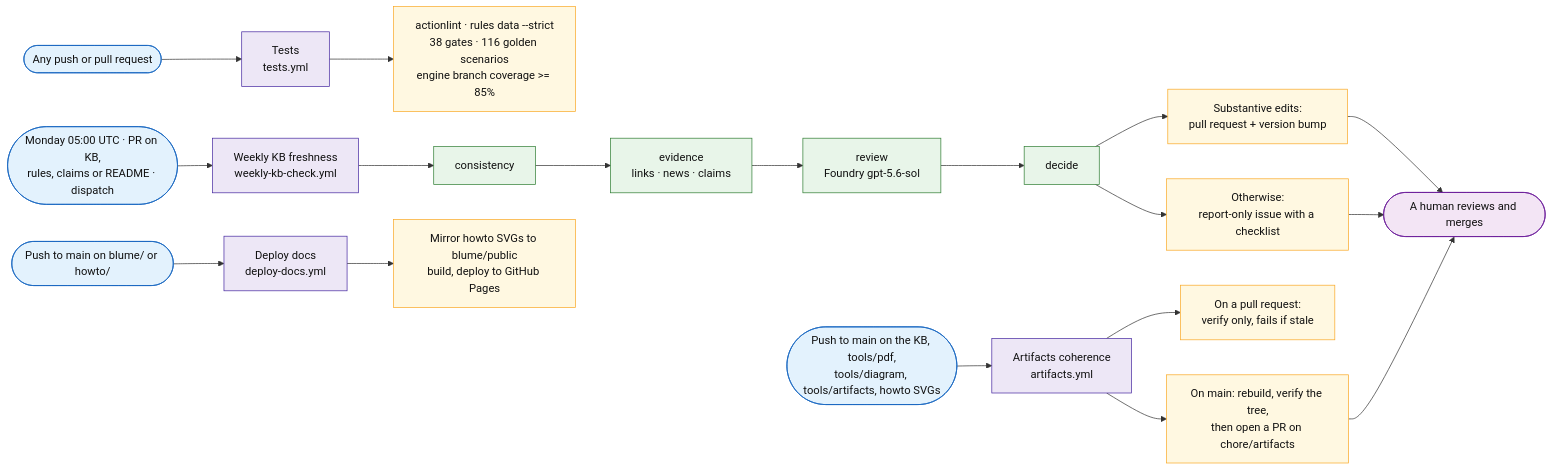
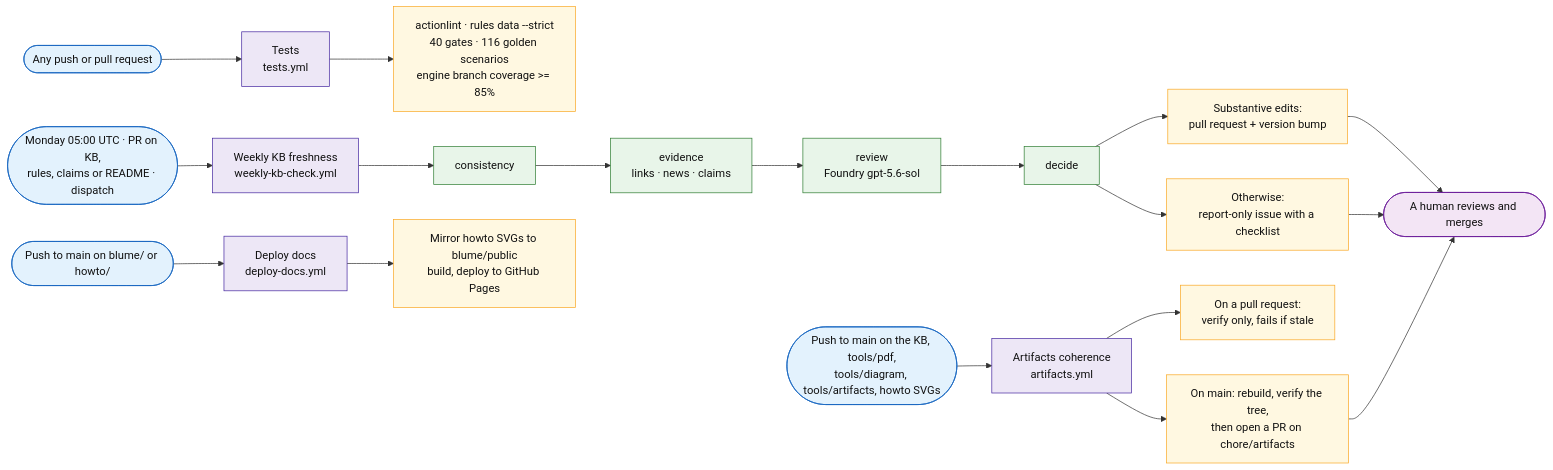
One commit to fredgis/sql-migration-advisor changed the sixth of 6 diagrams in docs/sql-migration-advisor-developer-pitch.md. Above: the diagram before and after it, drawn with Mermaid. The commit also changed 21 other files, not shown here.

````diff
--- a/docs/sql-migration-advisor-developer-pitch.md
+++ b/docs/sql-migration-advisor-developer-pitch.md
@@ -991,33 +991,33 @@
 ```mermaid
 flowchart LR
     G1([Any push or pull request]) --> W1[Tests<br/>tests.yml]
     G2([Monday 05:00 UTC · PR on KB,<br/>rules, claims or README · dispatch]) --> W2[Weekly KB freshness<br/>weekly-kb-check.yml]
     G3([Push to main on the KB, tools/pdf,<br/>tools/diagram, tools/artifacts, howto SVGs]) --> W3[Artifacts coherence<br/>artifacts.yml]
     G4([Push to main on blume/ or howto/]) --> W4[Deploy docs<br/>deploy-docs.yml]
 
-    W1 --> O1[actionlint · rules data --strict<br/>38 gates · 116 golden scenarios<br/>engine branch coverage >= 85%]
+    W1 --> O1[actionlint · rules data --strict<br/>40 gates · 116 golden scenarios<br/>engine branch coverage >= 85%]
 
     W2 --> C1[consistency] --> C2[evidence<br/>links · news · claims] --> C3[review<br/>Foundry gpt-5.6-sol] --> C4[decide]
     C4 --> O2a[Substantive edits:<br/>pull request + version bump]
     C4 --> O2b[Otherwise:<br/>report-only issue with a checklist]
 
     W3 --> O3a[On a pull request:<br/>verify only, fails if stale]
     W3 --> O3b[On main: rebuild, verify the tree,<br/>then open a PR on chore/artifacts]
 
     W4 --> O4[Mirror howto SVGs to blume/public<br/>build, deploy to GitHub Pages]
 
     O2a --> H([A human reviews and merges])
     O2b --> H
     O3b --> H
 
     classDef trig fill:#e3f2fd,stroke:#1565c0,color:#111
     classDef flow fill:#ede7f6,stroke:#4527a0,color:#111
     classDef step fill:#e8f5e9,stroke:#2e7d32,color:#111
     classDef out fill:#fff8e1,stroke:#f9a825,color:#111
     classDef human fill:#f3e5f5,stroke:#6a1b9a,color:#111
     class G1,G2,G3,G4 trig
     class W1,W2,W3,W4 flow
     class C1,C2,C3,C4 step
     class O1,O2a,O2b,O3a,O3b,O4 out
     class H human
 ```
````
